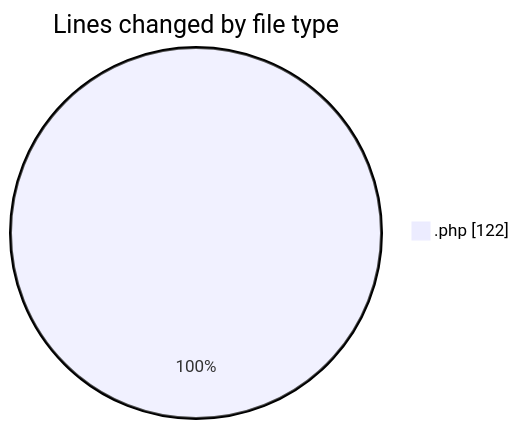
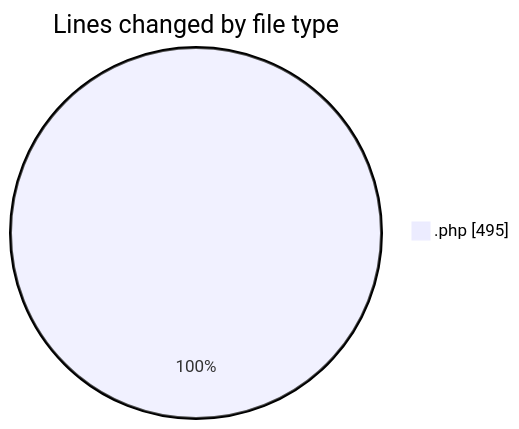
One commit to idhammustaqopulfikri/code-tracking changed the first of 2 diagrams in 2025-06-16/studio-backend/README.md. Above: the diagram before and after it, drawn with Mermaid. The commit also changed other lines of this file and 1 other file, not shown here.

````diff
--- a/2025-06-16/studio-backend/README.md
+++ b/2025-06-16/studio-backend/README.md
@@ -20,5 +22,5 @@
 ```mermaid
 pie showData
 title Lines changed by file type
-".php" : 122
+".php" : 495
 ```
````
